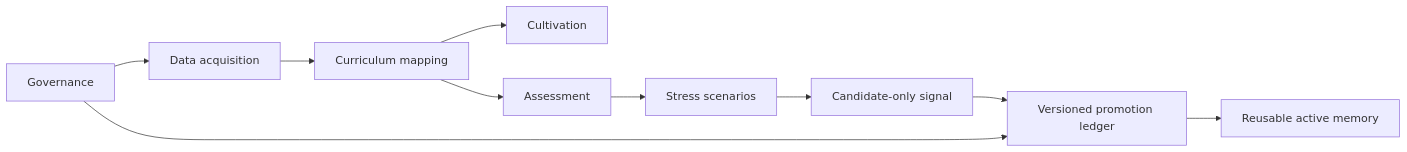
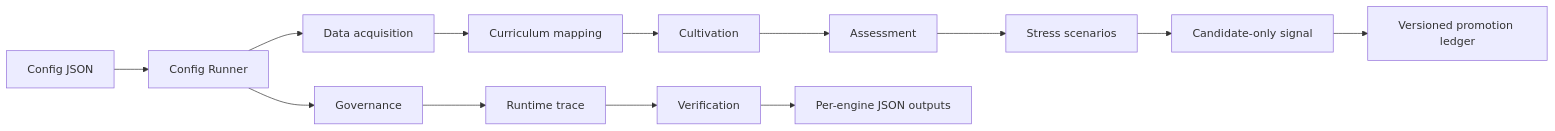
One commit to sinmb79/22b-paideia-engines changed the diagram in README.md. Above: the diagram before and after it, drawn with Mermaid. The commit also changed other lines of this file and 15 other files, not shown here.

````diff
--- a/README.md
+++ b/README.md
@@ -21,12 +23,15 @@
 ```mermaid
 flowchart LR
-    Data["Data acquisition"] --> Curriculum["Curriculum mapping"]
+    Config["Config JSON"] --> Runner["Config Runner"]
+    Runner --> Data["Data acquisition"]
+    Data --> Curriculum["Curriculum mapping"]
     Curriculum --> Cultivation["Cultivation"]
-    Curriculum --> Assessment["Assessment"]
+    Cultivation --> Assessment["Assessment"]
     Assessment --> Stress["Stress scenarios"]
     Stress --> Signal["Candidate-only signal"]
     Signal --> Promotion["Versioned promotion ledger"]
-    Promotion --> Runtime["Reusable active memory"]
-    Governance["Governance"] --> Data
-    Governance --> Promotion
+    Runner --> Governance["Governance"]
+    Governance --> Runtime["Runtime trace"]
+    Runtime --> Verification["Verification"]
+    Verification --> Outputs["Per-engine JSON outputs"]
 ```
````
